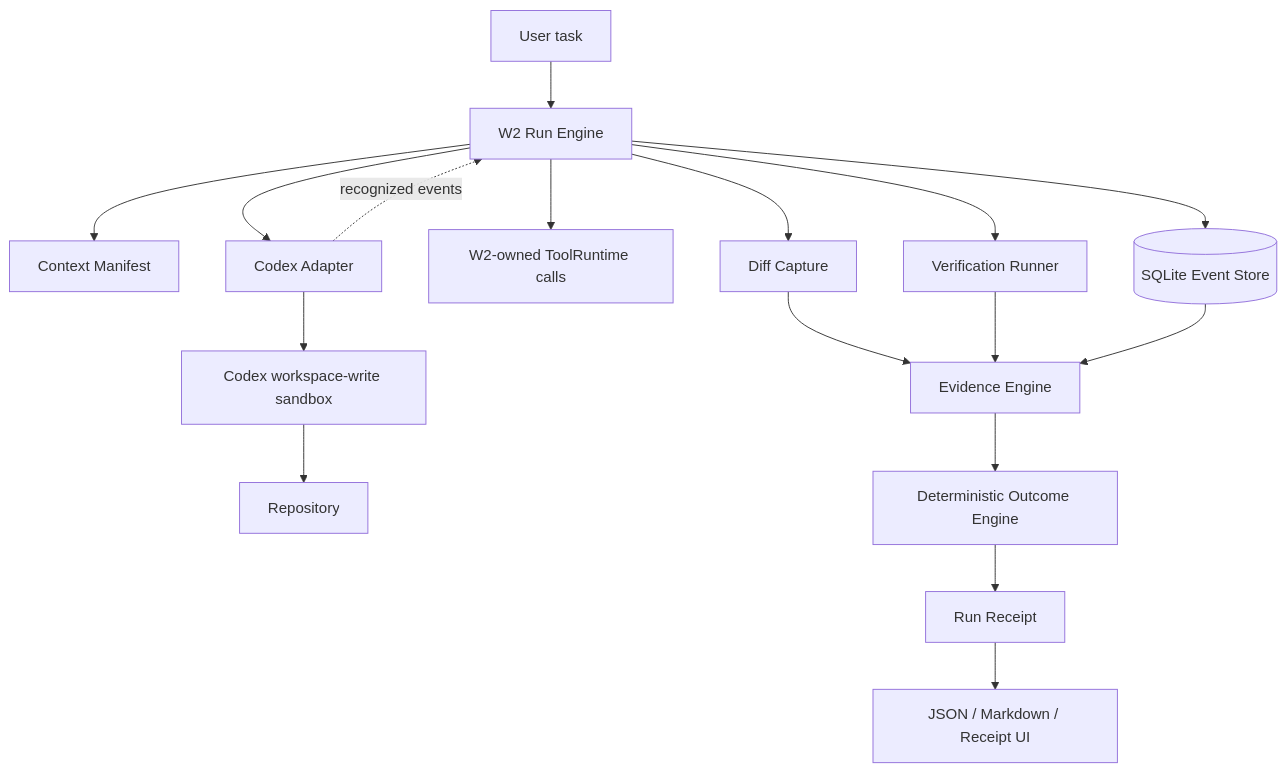
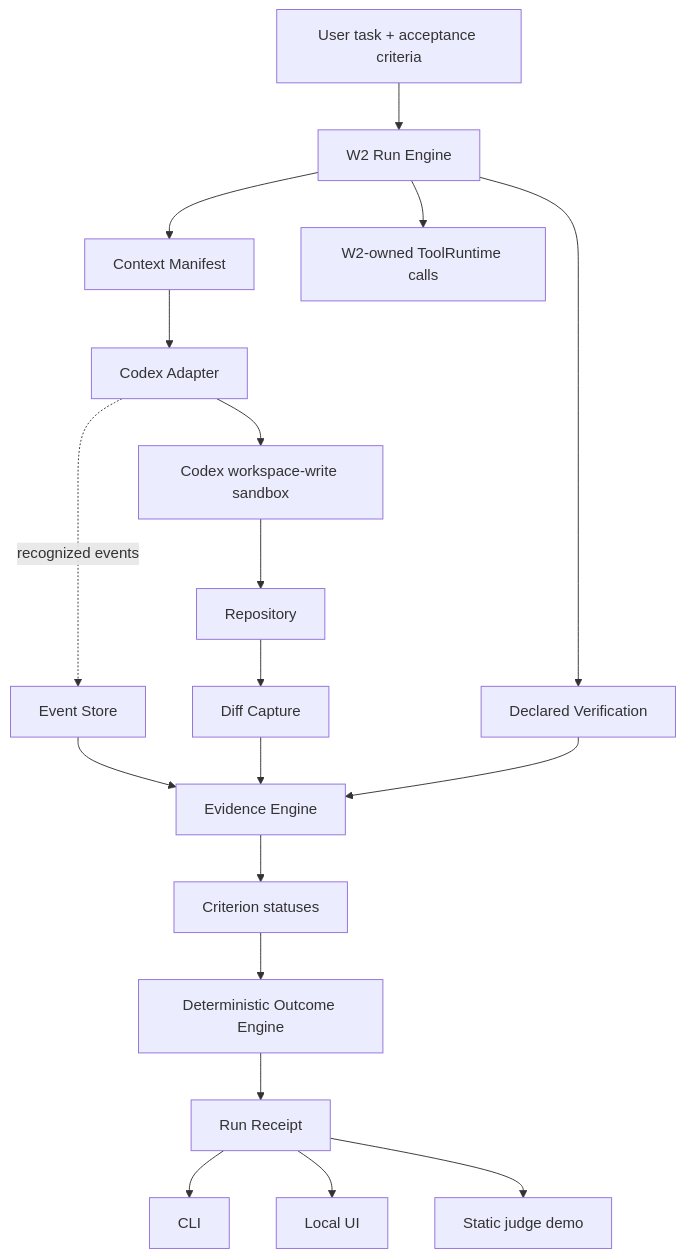
Before and after one commit to Ardaozhan/w2: the diagram in docs/ARCHITECTURE-DIAGRAM.md, drawn with Mermaid. The commit also changed other lines of this file and 104 other files, not shown here.

````diff
--- a/docs/ARCHITECTURE-DIAGRAM.md
+++ b/docs/ARCHITECTURE-DIAGRAM.md
@@ -3,19 +3,21 @@
 ```mermaid
 flowchart TD
-  U[User task] --> R[W2 Run Engine]
+  U[User task + acceptance criteria] --> R[W2 Run Engine]
   R --> C[Context Manifest]
-  R --> A[Codex Adapter]
+  C --> A[Codex Adapter]
   A --> SBOX[Codex workspace-write sandbox]
   SBOX --> REPO[Repository]
-  A -. recognized events .-> R
+  A -. recognized events .-> EV[Event Store]
+  REPO --> D[Diff Capture]
+  R --> V[Declared Verification]
   R --> T[W2-owned ToolRuntime calls]
-  R --> S[(SQLite Event Store)]
-  R --> D[Diff Capture]
-  R --> V[Verification Runner]
-  D --> E[Evidence Engine]
+  EV --> E[Evidence Engine]
+  D --> E
   V --> E
-  S --> E
-  E --> O[Deterministic Outcome Engine]
+  E --> AC[Criterion statuses]
+  AC --> O[Deterministic Outcome Engine]
   O --> Q[Run Receipt]
-  Q --> J[JSON / Markdown / Receipt UI]
+  Q --> CLI[CLI]
+  Q --> UI[Local UI]
+  Q --> J[Static judge demo]
 ```
````
